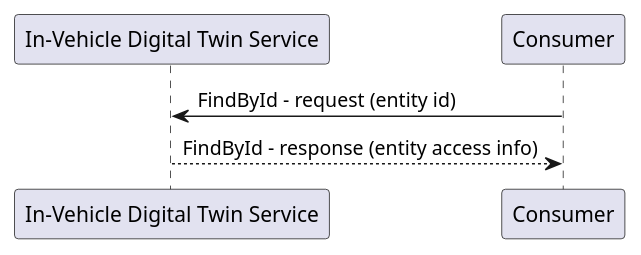
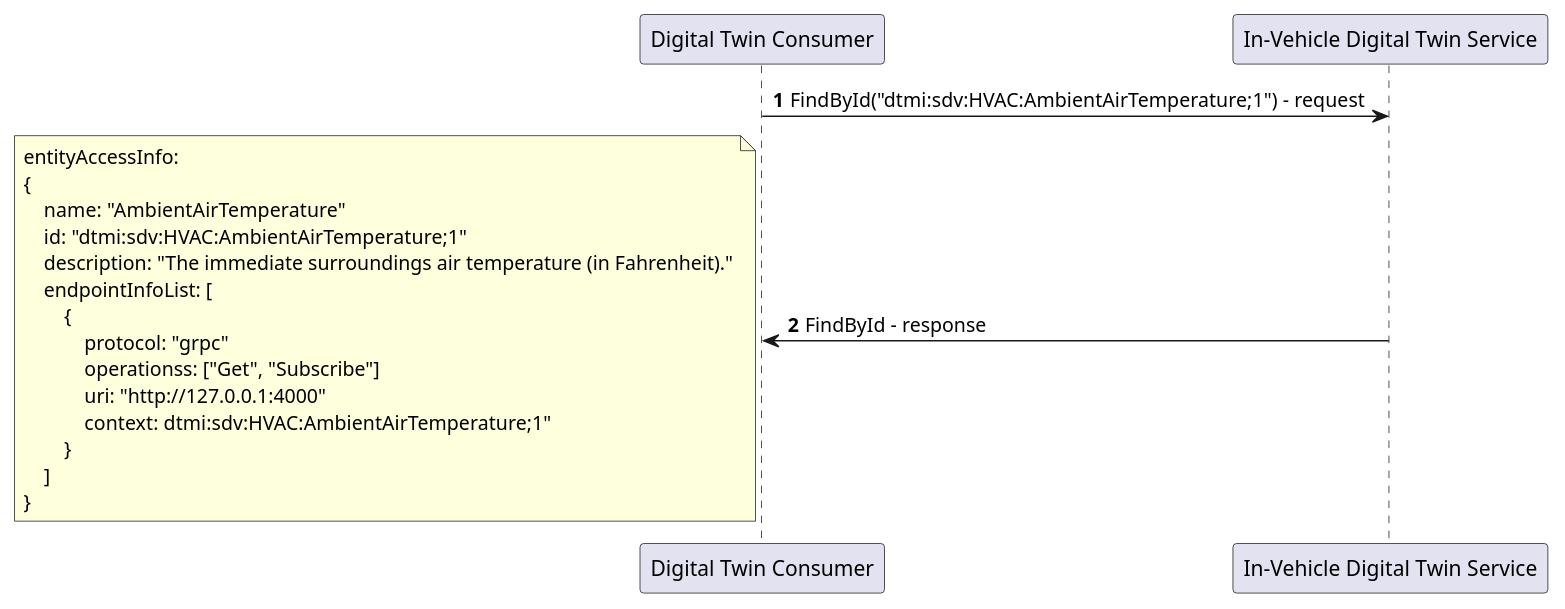
One commit to eclipse-ibeji/ibeji changed the diagram in docs/design/diagrams/findbyid_sequence.puml. Above: the diagram before and after it, drawn with PlantUML. The commit also changed 23 other files, not shown here.

```diff
--- a/docs/design/diagrams/findbyid_sequence.puml
+++ b/docs/design/diagrams/findbyid_sequence.puml
@@ -1,9 +1,24 @@
 @startuml
 
-participant "In-Vehicle Digital Twin Service"
-participant "Consumer"
+autonumber
 
-"Consumer" -> "In-Vehicle Digital Twin Service" : FindById - request (entity id)
-"In-Vehicle Digital Twin Service" --> "Consumer" : FindById - response (entity access info)
+"Digital Twin Consumer" -> "In-Vehicle Digital Twin Service" : FindById("dtmi:sdv:HVAC:AmbientAirTemperature;1") - request
+"Digital Twin Consumer" <- "In-Vehicle Digital Twin Service" : FindById - response
+note left
+entityAccessInfo:
+{
+    name: "AmbientAirTemperature"
+    id: "dtmi:sdv:HVAC:AmbientAirTemperature;1"
+    description: "The immediate surroundings air temperature (in Fahrenheit)."
+    endpointInfoList: [
+        {
+            protocol: "grpc"
+            operationss: ["Get", "Subscribe"]
+            uri: "http://127.0.0.1:4000"
+            context: dtmi:sdv:HVAC:AmbientAirTemperature;1"
+        }
+    ]
+}
+end note
 
 @enduml
```
